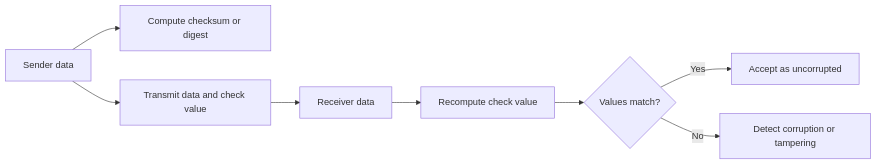
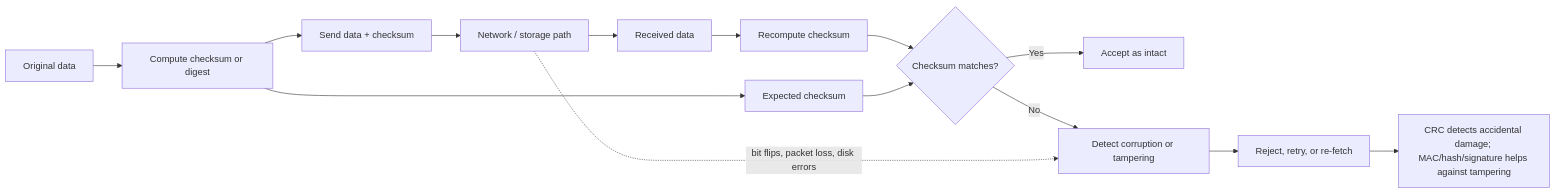
One commit to vsharma2430/LearnDesign changed the sixth of 12 diagrams in hld/03-hld-networking-fundamentals/lessons.md. Above: the diagram before and after it, drawn with Mermaid. The commit also changed other lines of this file and 1 other file, not shown here.

````diff
--- a/hld/03-hld-networking-fundamentals/lessons.md
+++ b/hld/03-hld-networking-fundamentals/lessons.md
@@ -213,10 +215,19 @@
 ```mermaid
 flowchart LR
-    Sender[Sender data] --> Calc1[Compute checksum or digest]
-    Sender --> Network[Transmit data and check value]
-    Network --> Receiver[Receiver data]
-    Receiver --> Calc2[Recompute check value]
-    Calc2 --> Compare{Values match?}
-    Compare -->|Yes| Accept[Accept as uncorrupted]
-    Compare -->|No| Detect[Detect corruption or tampering]
+    A[Original data] --> B[Compute checksum or digest]
+    B --> C[Send data + checksum]
+    C --> D[Network / storage path]
+    D --> E[Received data]
+    E --> F[Recompute checksum]
+
+    B --> G[Expected checksum]
+    F --> H{Checksum matches?}
+    G --> H
+
+    H -->|Yes| I[Accept as intact]
+    H -->|No| J[Detect corruption or tampering]
+    J --> K[Reject, retry, or re-fetch]
+
+    D -. bit flips, packet loss, disk errors .-> J
+    K --> L[CRC detects accidental damage; MAC/hash/signature helps against tampering]
 ```
````
